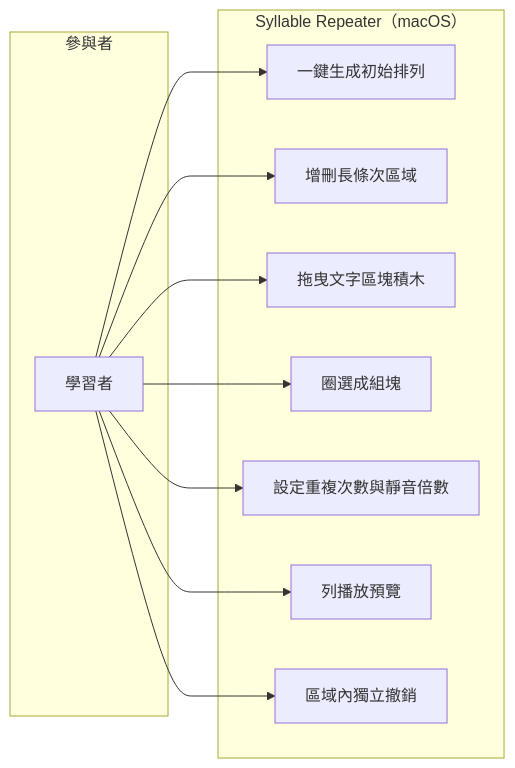
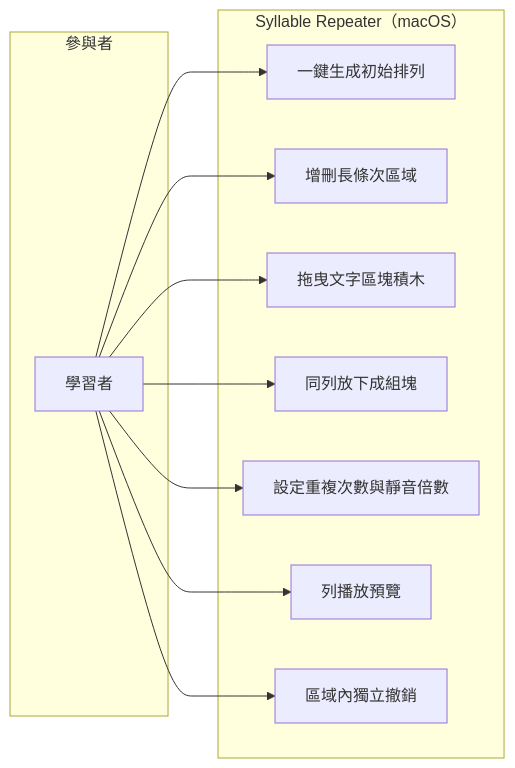
The eighth of 14 diagrams in spec-syllable-repeater/requirements/syllable-practice-macos-v1.1_20260712/requirement/requirement.md (karenli628/syllable-repeater), drawn with Mermaid before and after one commit. The commit also changed other lines of this file and 19 other files, not shown here.

````diff
--- a/spec-syllable-repeater/requirements/syllable-practice-macos-v1.1_20260712/requirement/requirement.md
+++ b/spec-syllable-repeater/requirements/syllable-practice-macos-v1.1_20260712/requirement/requirement.md
@@ -595,22 +633,22 @@
 ```mermaid
 flowchart LR
     subgraph actors["參與者"]
         U[學習者]
     end
     subgraph system["Syllable Repeater（macOS）"]
         UC1[一鍵生成初始排列]
         UC2[增刪長條次區域]
         UC3[拖曳文字區塊積木]
-        UC4[圈選成組塊]
+        UC4[同列放下成組塊]
         UC5[設定重複次數與靜音倍數]
         UC6[列播放預覽]
         UC7[區域內獨立撤銷]
     end
     U --> UC1
     U --> UC2
     U --> UC3
     U --> UC4
     U --> UC5
     U --> UC6
     U --> UC7
 ```
````
